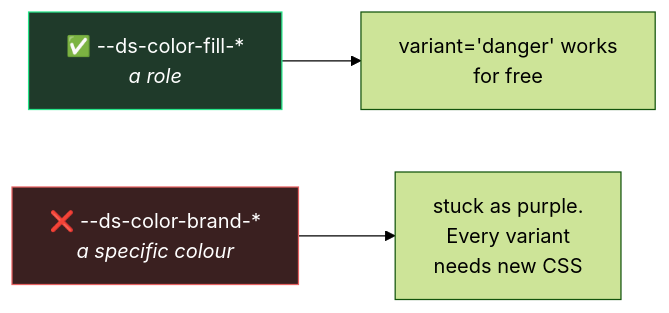
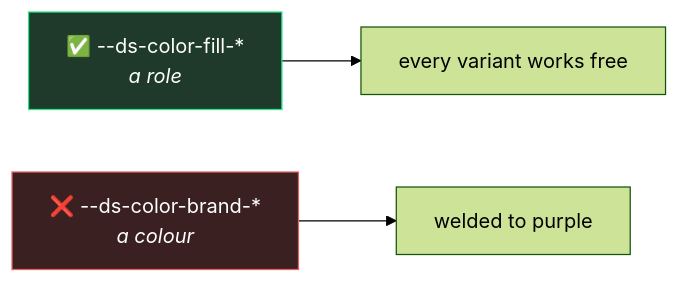
One commit to cris-achiardi/weave-ds-template changed the second of 2 diagrams in docs/documentation/04-tokens-and-paint.md. Above: the diagram before and after it, drawn with Mermaid (forest theme). The commit also changed other lines of this file and 6 other files, not shown here.

````diff
--- a/docs/documentation/04-tokens-and-paint.md
+++ b/docs/documentation/04-tokens-and-paint.md
@@ -120,7 +98,7 @@
 ```mermaid
 flowchart LR
-  G["✅ --ds-color-fill-*<br/><i>a role</i>"] --> GR["variant='danger' works<br/>for free"]
-  B["❌ --ds-color-brand-*<br/><i>a specific colour</i>"] --> BR["stuck as purple.<br/>Every variant<br/>needs new CSS"]
+  G["✅ --ds-color-fill-*<br/><i>a role</i>"] --> GR["every variant works free"]
+  B["❌ --ds-color-brand-*<br/><i>a colour</i>"] --> BR["welded to purple"]
   style G fill:#1f3a2a,stroke:#26e589,color:#fff
   style B fill:#3a2020,stroke:#e56161,color:#fff
 ```
````
